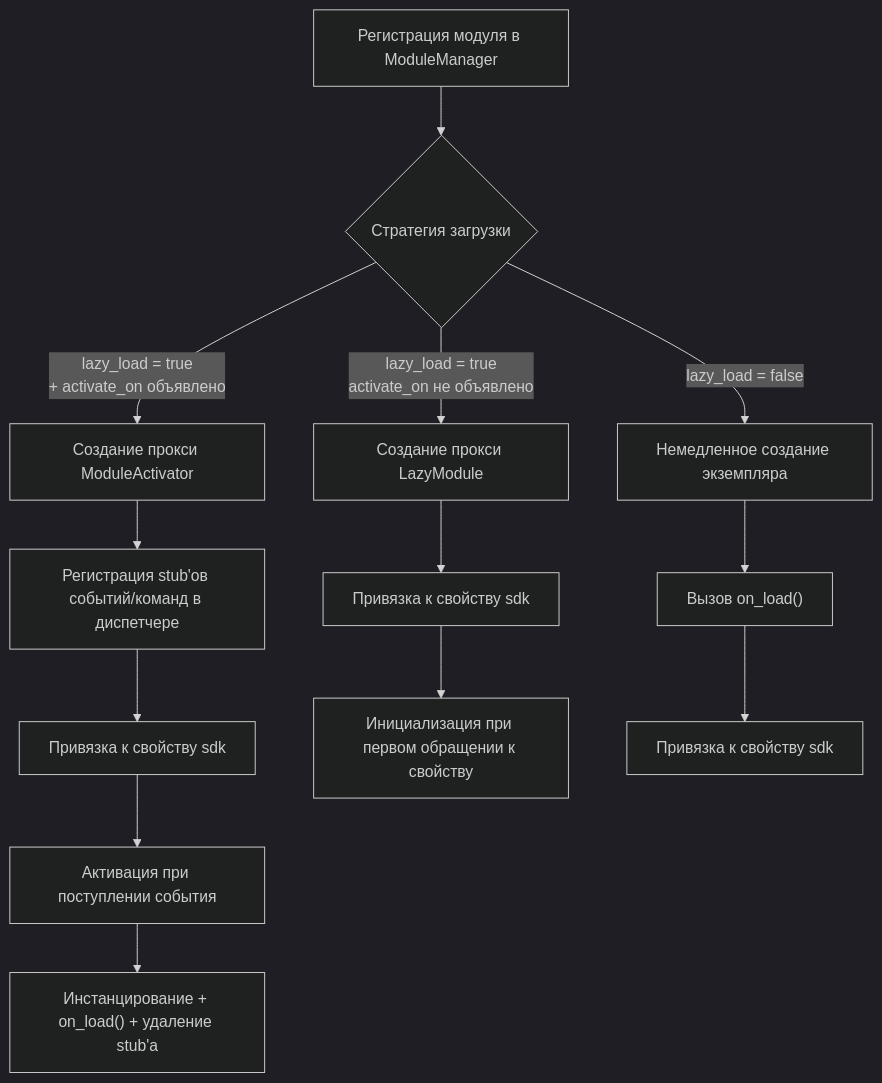
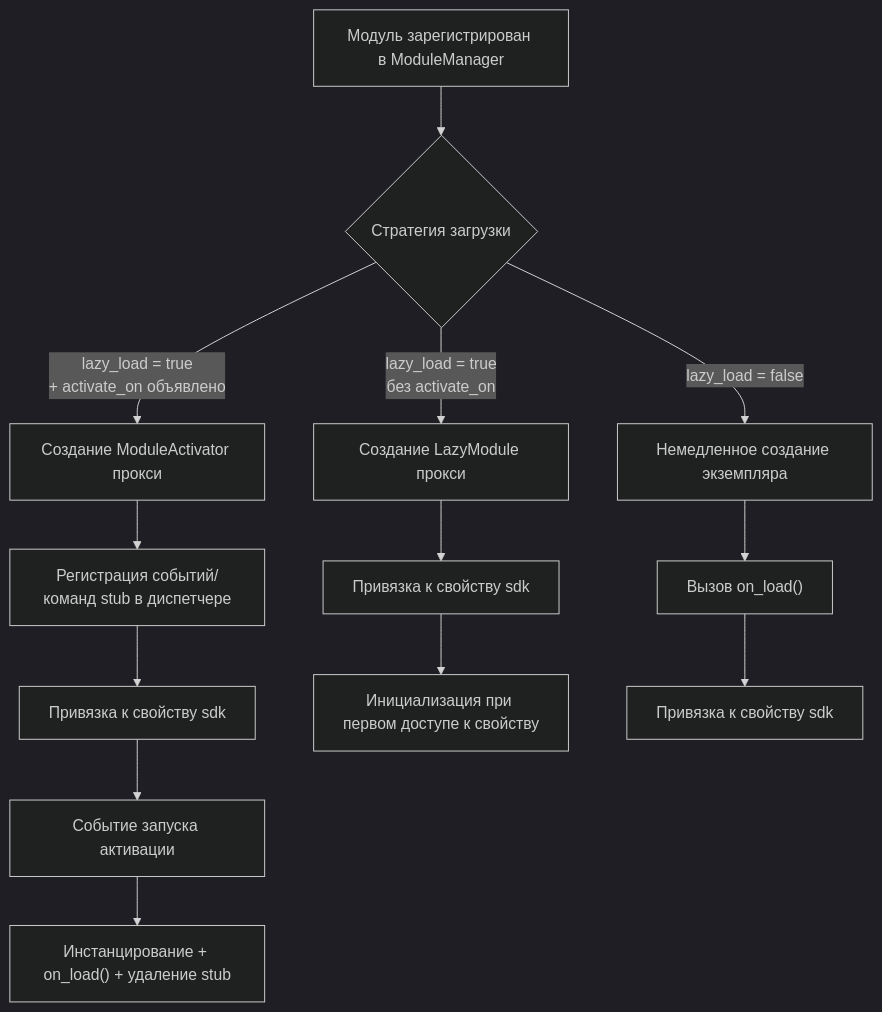
Before and after one commit to ErisPulse/ErisPulse: the sixth of 9 diagrams in docs/ru/architecture.md, drawn with Mermaid (dark theme). The commit also changed other lines of this file and 622 other files, not shown here.

````diff
--- a/docs/ru/architecture.md
+++ b/docs/ru/architecture.md
@@ -197,15 +196,15 @@
 ```mermaid
 flowchart TD
-    A["Регистрация модуля в ModuleManager"] --> B{"Стратегия загрузки"}
-    B -->|"lazy_load = true<br/>+ activate_on объявлено"| C["Создание прокси ModuleActivator"]
-    B -->|"lazy_load = true<br/>activate_on не объявлено"| D["Создание прокси LazyModule"]
+    A["Модуль зарегистрирован в ModuleManager"] --> B{"Стратегия загрузки"}
+    B -->|"lazy_load = true<br/>+ activate_on объявлено"| C["Создание ModuleActivator прокси"]
+    B -->|"lazy_load = true<br/>без activate_on"| D["Создание LazyModule прокси"]
     B -->|"lazy_load = false"| E["Немедленное создание экземпляра"]
-    C --> F["Регистрация stub'ов событий/команд в диспетчере"]
+    C --> F["Регистрация событий/команд stub в диспетчере"]
     F --> G["Привязка к свойству sdk"]
-    G --> H["Активация при поступлении события"]
-    H --> I["Инстанцирование + on_load() + удаление stub'а"]
+    G --> H["Событие запуска активации"]
+    H --> I["Инстанцирование + on_load() + удаление stub"]
     D --> J["Привязка к свойству sdk"]
-    J --> K["Инициализация при первом обращении к свойству"]
+    J --> K["Инициализация при первом доступе к свойству"]
     E --> L["Вызов on_load()"]
     L --> M["Привязка к свойству sdk"]
 ```
````
